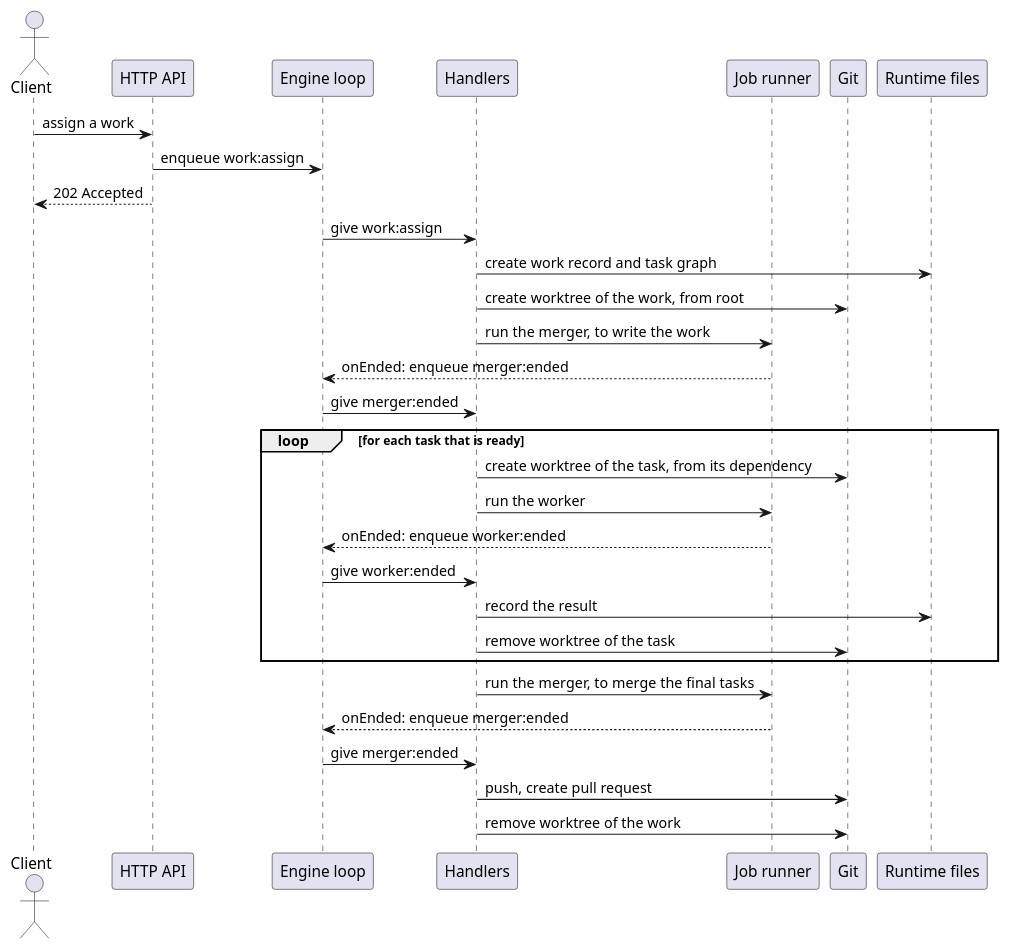
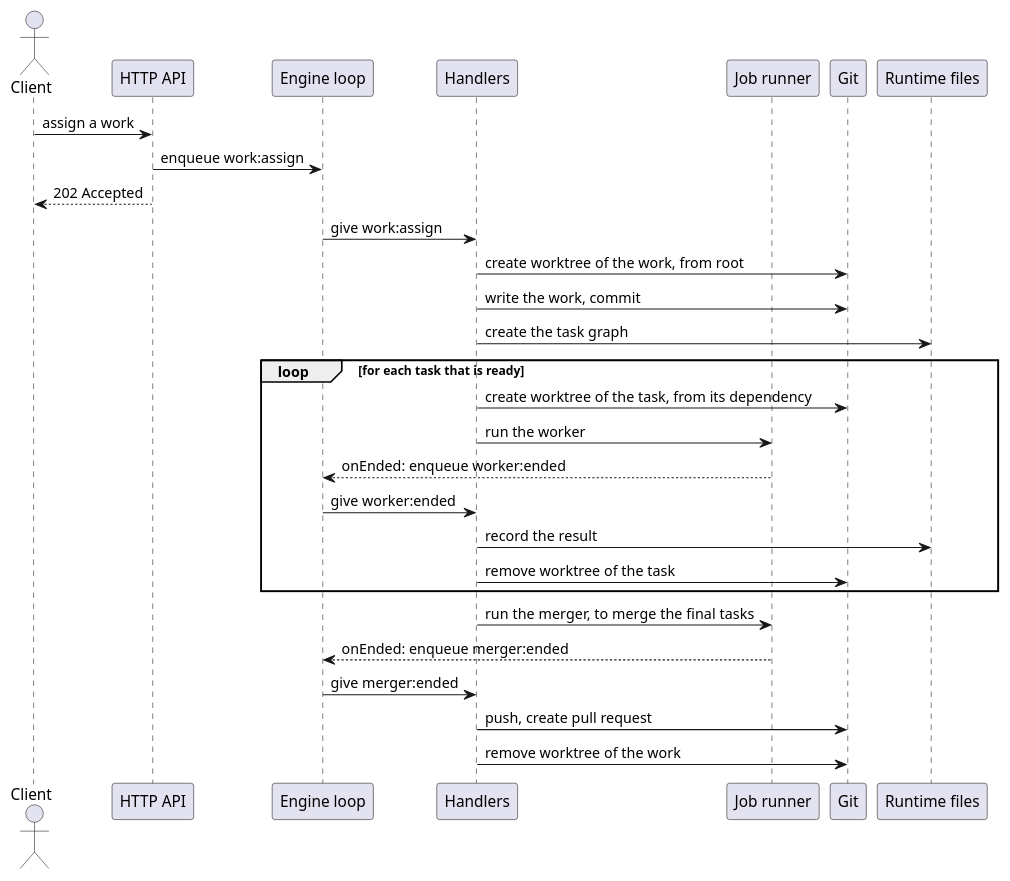
The first of 4 diagrams in docs/06_runtime/action-flow.md (longlh/superteam), drawn with PlantUML before and after one commit. The commit also changed other lines of this file and 18 other files, not shown here.

First line of the commit message:
Keep a work on its branch instead of a record in the runtime storage

````diff
--- a/docs/06_runtime/action-flow.md
+++ b/docs/06_runtime/action-flow.md
@@ -60,34 +60,32 @@
 ```plantuml
 @startuml
 actor Client
 participant "HTTP API" as API
 participant "Engine loop" as EL
 participant "Handlers" as Handler
 participant "Job runner" as Runner
 participant Git
 participant "Runtime files" as Runtime
 
 Client -> API : assign a work
 API -> EL : enqueue work:assign
 API --> Client : 202 Accepted
 EL -> Handler : give work:assign
-Handler -> Runtime : create work record and task graph
 Handler -> Git : create worktree of the work, from root
-Handler -> Runner : run the merger, to write the work
-Runner --> EL : onEnded: enqueue merger:ended
-EL -> Handler : give merger:ended
+Handler -> Git : write the work, commit
+Handler -> Runtime : create the task graph
 loop for each task that is ready
   Handler -> Git : create worktree of the task, from its dependency
   Handler -> Runner : run the worker
   Runner --> EL : onEnded: enqueue worker:ended
   EL -> Handler : give worker:ended
   Handler -> Runtime : record the result
   Handler -> Git : remove worktree of the task
 end
 Handler -> Runner : run the merger, to merge the final tasks
 Runner --> EL : onEnded: enqueue merger:ended
 EL -> Handler : give merger:ended
 Handler -> Git : push, create pull request
 Handler -> Git : remove worktree of the work
 @enduml
 ```
````
